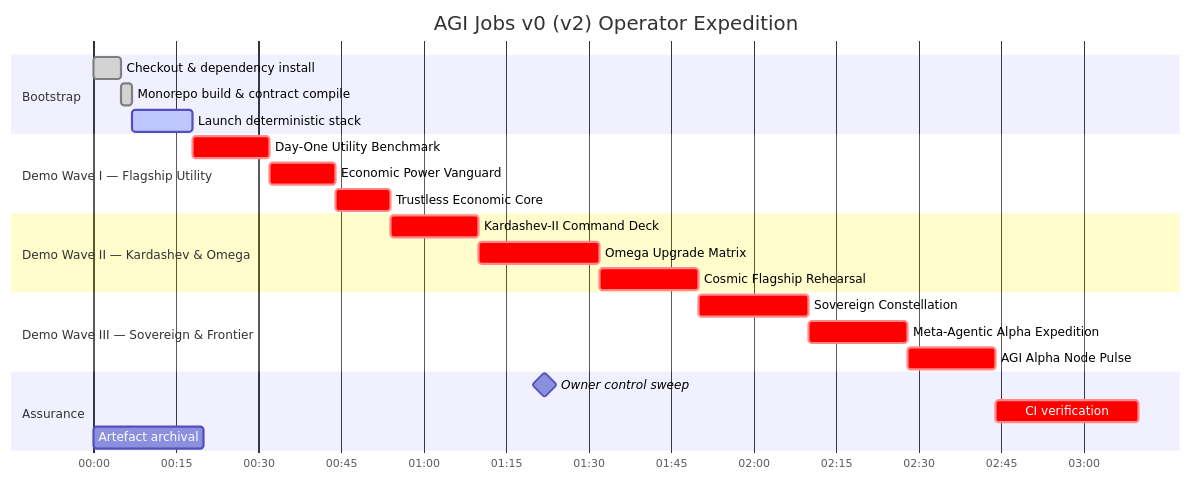
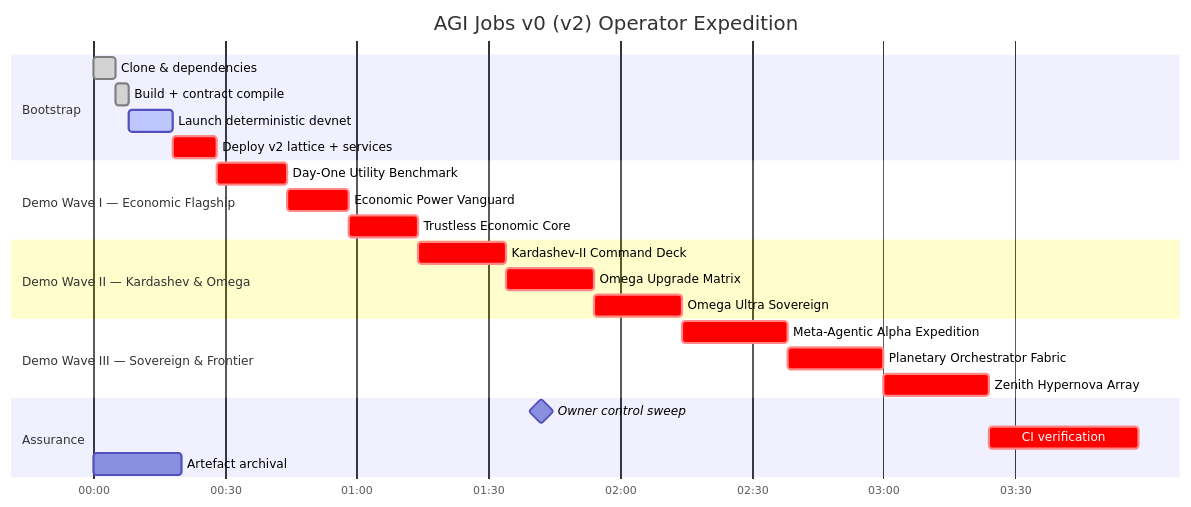
The second of 2 diagrams in docs/AGI-Operator-Quickstart.md (MontrealAI/AGIJobsv0), drawn with Mermaid before and after one commit. The commit also changed other lines of this file, not shown here.

````diff
--- a/docs/AGI-Operator-Quickstart.md
+++ b/docs/AGI-Operator-Quickstart.md
@@ -121,26 +180,27 @@
 ```mermaid
 gantt
   dateFormat  HH:mm
   axisFormat  %H:%M
   title AGI Jobs v0 (v2) Operator Expedition
   section Bootstrap
-  Checkout & dependency install      :done,    00:00, 00:05
-  Monorepo build & contract compile  :done,    00:05, 00:07
-  Launch deterministic stack         :active,  00:07, 00:18
-  section Demo Wave I — Flagship Utility
-  Day-One Utility Benchmark          :crit,    00:18, 00:32
-  Economic Power Vanguard            :crit,    00:32, 00:44
-  Trustless Economic Core            :crit,    00:44, 00:54
+  Clone & dependencies               :done,    00:00, 00:05
+  Build + contract compile           :done,    00:05, 00:08
+  Launch deterministic devnet        :active,  00:08, 00:18
+  Deploy v2 lattice + services       :crit,    00:18, 00:28
+  section Demo Wave I — Economic Flagship
+  Day-One Utility Benchmark          :crit,    00:28, 00:44
+  Economic Power Vanguard            :crit,    00:44, 00:58
+  Trustless Economic Core            :crit,    00:58, 01:14
   section Demo Wave II — Kardashev & Omega
-  Kardashev-II Command Deck          :crit,    00:54, 01:10
-  Omega Upgrade Matrix               :crit,    01:10, 01:32
-  Cosmic Flagship Rehearsal          :crit,    01:32, 01:50
+  Kardashev-II Command Deck          :crit,    01:14, 01:34
+  Omega Upgrade Matrix               :crit,    01:34, 01:54
+  Omega Ultra Sovereign              :crit,    01:54, 02:14
   section Demo Wave III — Sovereign & Frontier
-  Sovereign Constellation            :crit,    01:50, 02:10
-  Meta-Agentic Alpha Expedition      :crit,    02:10, 02:28
-  AGI Alpha Node Pulse               :crit,    02:28, 02:44
+  Meta-Agentic Alpha Expedition      :crit,    02:14, 02:38
+  Planetary Orchestrator Fabric      :crit,    02:38, 03:00
+  Zenith Hypernova Array             :crit,    03:00, 03:24
   section Assurance
-  Owner control sweep                :milestone, 02:44, 00:00
-  CI verification                    :crit,       02:44, 03:10
+  Owner control sweep                :milestone, 03:24, 00:00
+  CI verification                    :crit,       03:24, 03:58
   Artefact archival                  :after owner control sweep, 00:20
 ```
````
